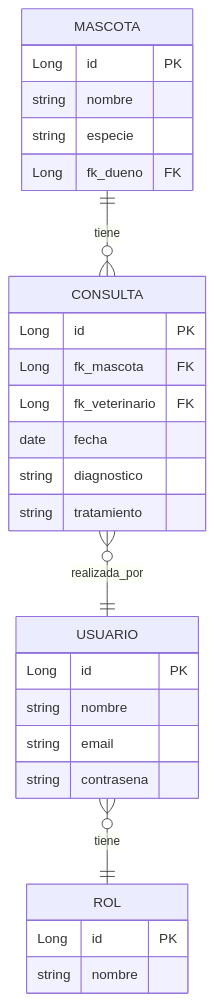
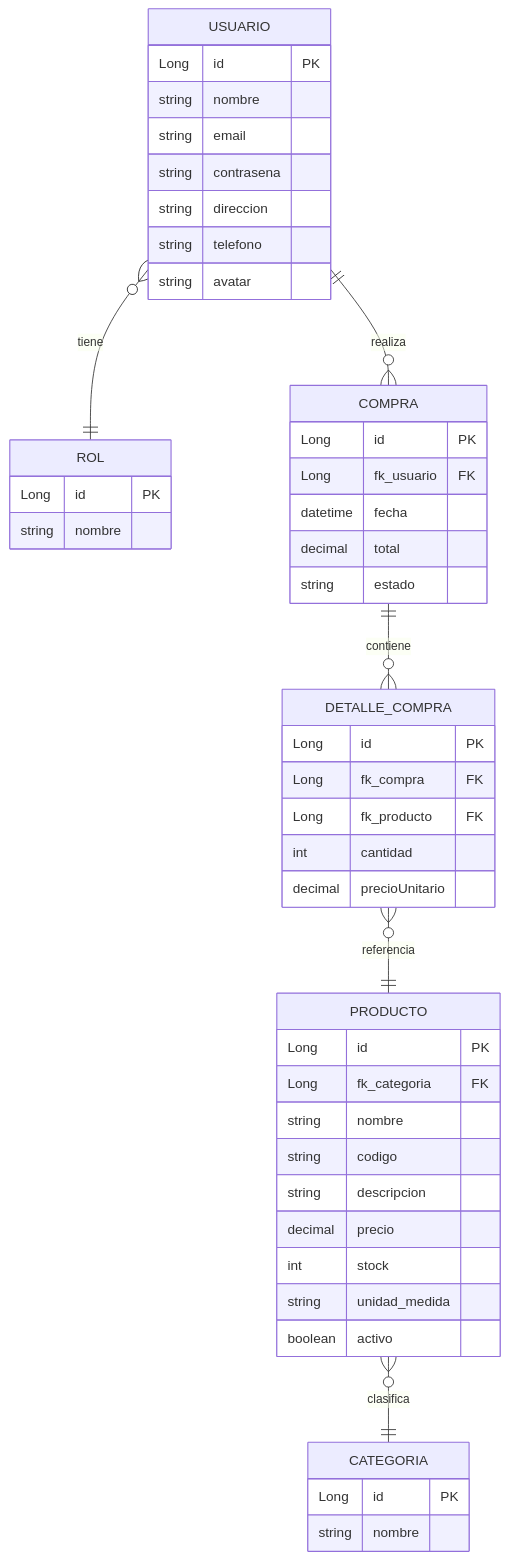
One commit to Team4GoTechy/G4-ms changed the first of 2 diagrams in README.md. Above: the diagram before and after it, drawn with Mermaid. The commit also changed other lines of this file and 46 other files, not shown here.

````diff
--- a/README.md
+++ b/README.md
@@ -19,31 +307,51 @@
 ```mermaid
 erDiagram
-    MASCOTA {
-        Long id PK
-        string nombre
-        string especie
-        Long fk_dueno FK
-    }
-    CONSULTA {
-        Long id PK
-        Long fk_mascota FK
-        Long fk_veterinario FK
-        date fecha
-        string diagnostico
-        string tratamiento
-    }
     USUARIO {
         Long id PK
         string nombre
         string email
         string contrasena
+        string direccion
+        string telefono
+        string avatar
     }
     ROL {
         Long id PK
         string nombre
     }
+    PRODUCTO {
+        Long id PK
+        Long fk_categoria FK
+        string nombre
+        string codigo
+        string descripcion
+        decimal precio
+        int stock
+        string unidad_medida
+        boolean activo
+    }
+    CATEGORIA {
+        Long id PK
+        string nombre
+    }
+    COMPRA {
+        Long id PK
+        Long fk_usuario FK
+        datetime fecha
+        decimal total
+        string estado
+    }
+    DETALLE_COMPRA {
+        Long id PK
+        Long fk_compra FK
+        Long fk_producto FK
+        int cantidad
+        decimal precioUnitario
+    }
 
-    MASCOTA ||--o{ CONSULTA : tiene
-    CONSULTA }o--|| USUARIO : realizada_por
+    USUARIO ||--o{ COMPRA : realiza
     USUARIO }o--|| ROL : tiene
+    PRODUCTO }o--|| CATEGORIA : clasifica
+    COMPRA ||--o{ DETALLE_COMPRA : contiene
+    DETALLE_COMPRA }o--|| PRODUCTO : referencia
 ```
````
